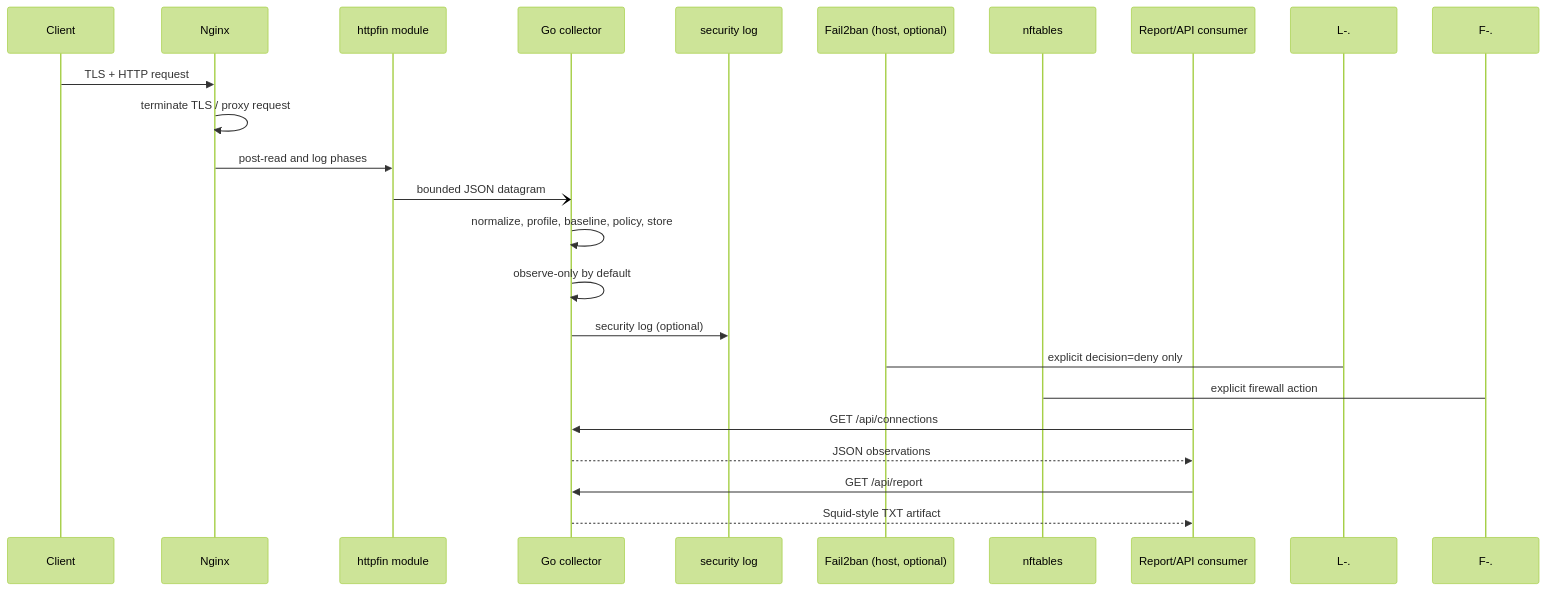
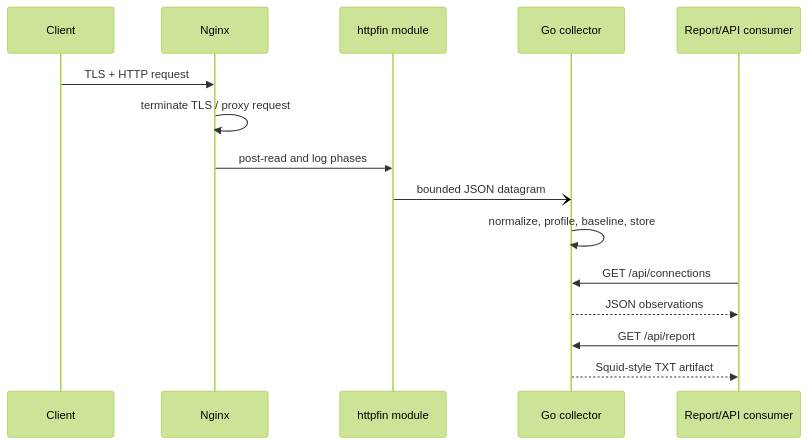
The fourth of 5 diagrams in docs/ARCHITECTURE.md (rbelshevitz/httpfin), drawn with Mermaid (forest theme) before and after one commit. The commit also changed other lines of this file and 35 other files, not shown here.

Commit message:
Remove anti-bot and Fail2ban scope

````diff
--- a/docs/ARCHITECTURE.md
+++ b/docs/ARCHITECTURE.md
@@ -86,25 +79,18 @@
 ```mermaid
 sequenceDiagram
     participant C as Client
     participant N as Nginx
     participant M as httpfin module
     participant G as Go collector
-    participant L as security log
-    participant F as Fail2ban (host, optional)
-    participant W as nftables
     participant R as Report/API consumer
 
     C->>N: TLS + HTTP request
     N->>N: terminate TLS / proxy request
     N->>M: post-read and log phases
     M-)G: bounded JSON datagram
-    G->>G: normalize, profile, baseline, policy, store
-    G->>G: observe-only by default
-    G->>L: security log (optional)
-    L-.->F: explicit decision=deny only
-    F-.->W: explicit firewall action
+    G->>G: normalize, profile, baseline, store
     R->>G: GET /api/connections
     G-->>R: JSON observations
     R->>G: GET /api/report
     G-->>R: Squid-style TXT artifact
 ```
````
